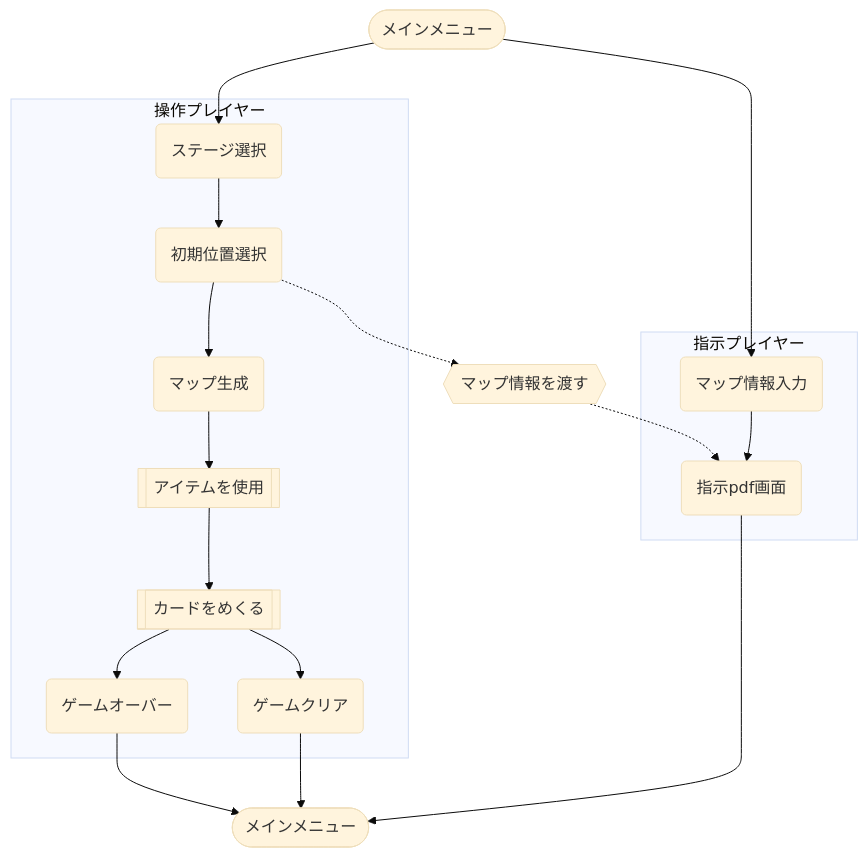
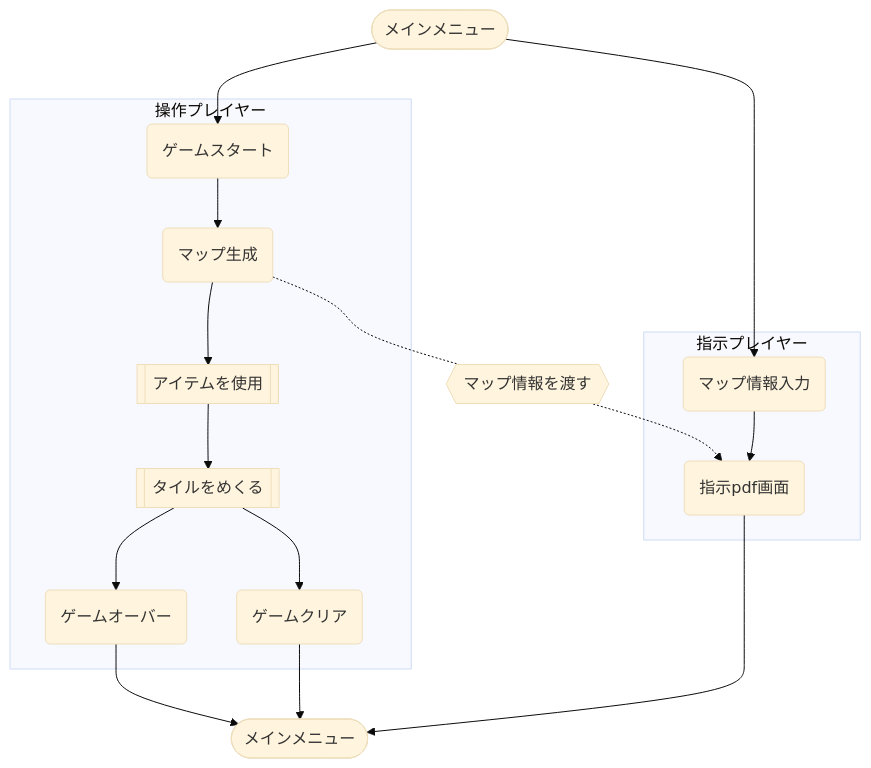
Before and after one commit to henohenon/GameMake: the second of 2 diagrams in Documents/FlowChart.md, drawn with Mermaid (base theme). The commit also changed other lines of this file, not shown here.

Commit message:
update flowchart

````diff
--- a/Documents/FlowChart.md
+++ b/Documents/FlowChart.md
@@ -23,23 +23,22 @@
 ```mermaid
 graph TD;
-start1([メインメニュー])-->ope1(ステージ選択)
+start1([メインメニュー])-->ope1(ゲームスタート)
 ope7-->end1([メインメニュー])
 ope8-->end1
 inst2-->end1
 
 start1-->inst1(マップ情報入力)
     subgraph 操作プレイヤー
-        ope1-->ope2(初期位置選択)
-        ope2-->ope3(マップ生成)
+        ope1-->ope3(マップ生成)
         ope3-->ope4[[アイテムを使用]]
-        ope4-->ope5[[カードをめくる]]
+        ope4-->ope5[[タイルをめくる]]
         ope5-->ope7(ゲームオーバー)
         ope5-->ope8(ゲームクリア)
     end
     subgraph 指示プレイヤー
         inst1-->inst2(指示pdf画面)
     end
 
-    ope2-.->trans{{マップ情報を渡す}}
+    ope3-.-trans{{マップ情報を渡す}}
     trans-.->inst2
 ```
````
